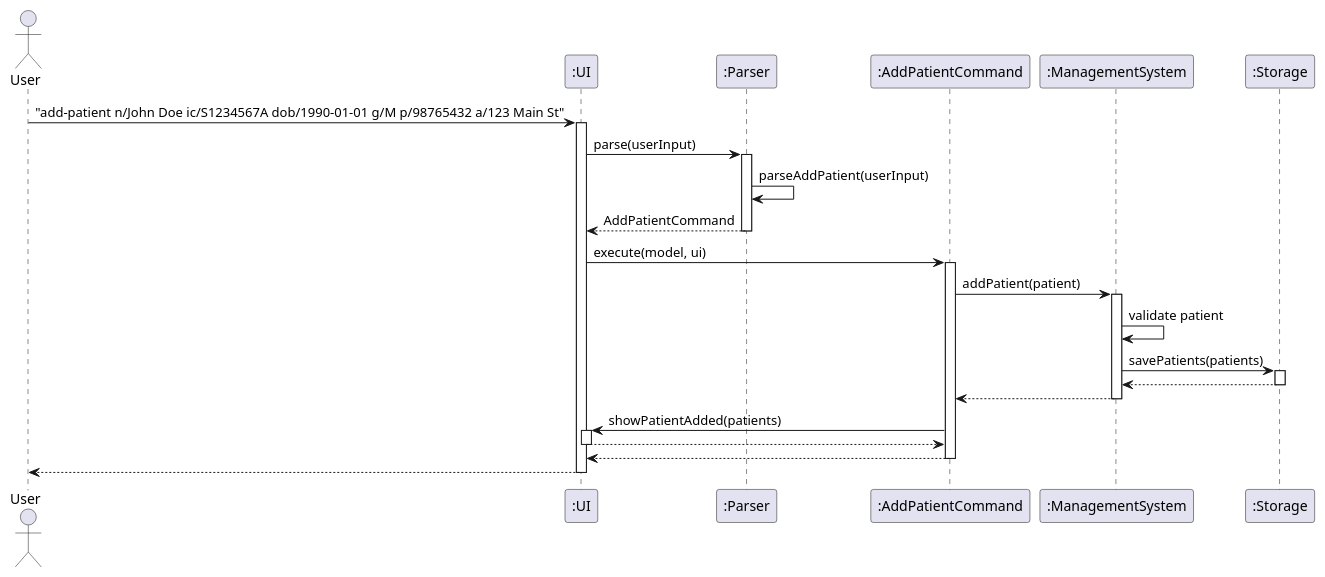
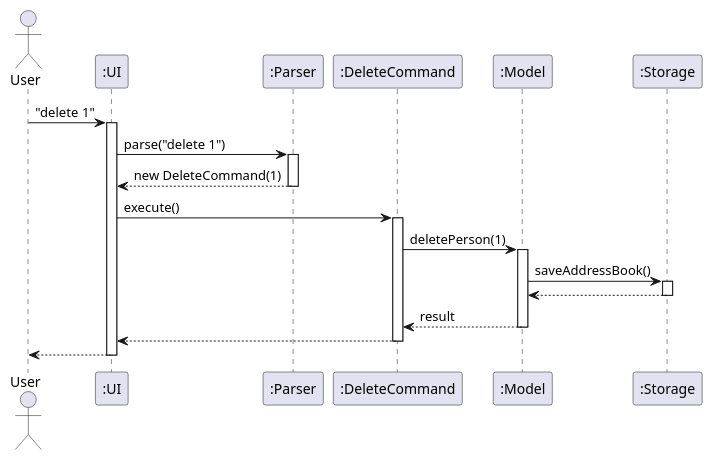
The diagram in docs/diagrams/ArchitectureSequenceDiagram.puml (chwenyee/tp), drawn with PlantUML before and after one commit. The commit also changed 3 other files, not shown here.

Commit message:
Update architecture diagrams to match professor's example

```diff
--- a/docs/diagrams/ArchitectureSequenceDiagram.puml
+++ b/docs/diagrams/ArchitectureSequenceDiagram.puml
@@ -1,44 +1,38 @@
 @startuml
-actor User as user
-participant ":UI" as ui
-participant ":Parser" as parser
-participant ":AddPatientCommand" as command
-participant ":ManagementSystem" as model
-participant ":Storage" as storage
 
-user -> ui : "add-patient n/John Doe ic/S1234567A dob/1990-01-01 g/M p/98765432 a/123 Main St"
-activate ui
+actor User
+participant ":UI" as UI
+participant ":Parser" as Parser
+participant ":DeleteCommand" as Command
+participant ":Model" as Model
+participant ":Storage" as Storage
 
-ui -> parser : parse(userInput)
-activate parser
-parser -> parser : parseAddPatient(userInput)
-parser --> ui : AddPatientCommand
-deactivate parser
+User -> UI : "delete 1"
+activate UI
 
-ui -> command : execute(model, ui)
-activate command
+UI -> Parser : parse("delete 1")
+activate Parser
+Parser --> UI : new DeleteCommand(1)
+deactivate Parser
 
-command -> model : addPatient(patient)
-activate model
+UI -> Command : execute()
+activate Command
 
-model -> model : validate patient
-model -> storage : savePatients(patients)
-activate storage
-storage --> model
-deactivate storage
+Command -> Model : deletePerson(1)
+activate Model
 
-model --> command
-deactivate model
+Model -> Storage : saveAddressBook()
+activate Storage
+Storage --> Model
+deactivate Storage
 
-command -> ui : showPatientAdded(patients)
-activate ui
-ui --> command
-deactivate ui
+Model --> Command : result
+deactivate Model
 
-command --> ui
-deactivate command
+Command --> UI
+deactivate Command
 
-ui --> user
-deactivate ui
+UI --> User
+deactivate UI
 
 @enduml 
```
